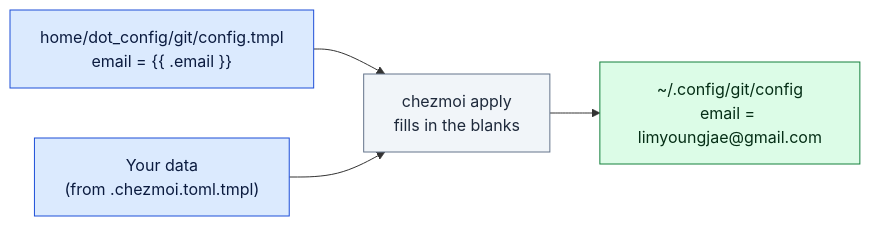
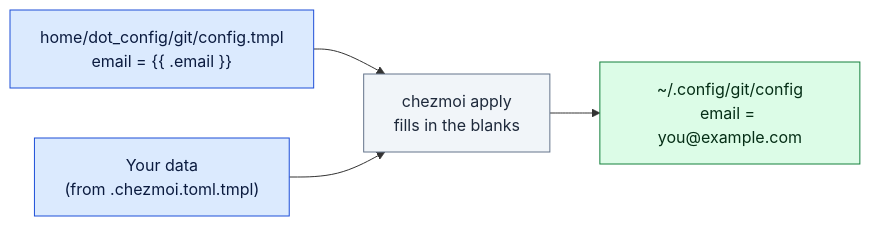
Before and after one commit to youngjae-lim/dotfiles: the first of 2 diagrams in docs/03-how-files-are-made.md, drawn with Mermaid. The commit also changed other lines of this file and 18 other files, not shown here.

````diff
--- a/docs/03-how-files-are-made.md
+++ b/docs/03-how-files-are-made.md
@@ -21,9 +21,9 @@
 ```mermaid
 flowchart LR
     T["home/dot_config/git/config.tmpl<br/>email = #123;#123; .email #125;#125;"]:::source --> CZ["chezmoi apply<br/>fills in the blanks"]:::step
     D["Your data<br/>(from .chezmoi.toml.tmpl)"]:::source --> CZ
-    CZ --> O["~/.config/git/config<br/>email = limyoungjae@gmail.com"]:::output
+    CZ --> O["~/.config/git/config<br/>email = you@example.com"]:::output
     classDef source fill:#dbeafe,stroke:#1d4ed8,color:#0b1b3f
     classDef step fill:#f1f5f9,stroke:#64748b,color:#1e293b
     classDef output fill:#dcfce7,stroke:#15803d,color:#052e16
 ```
````
